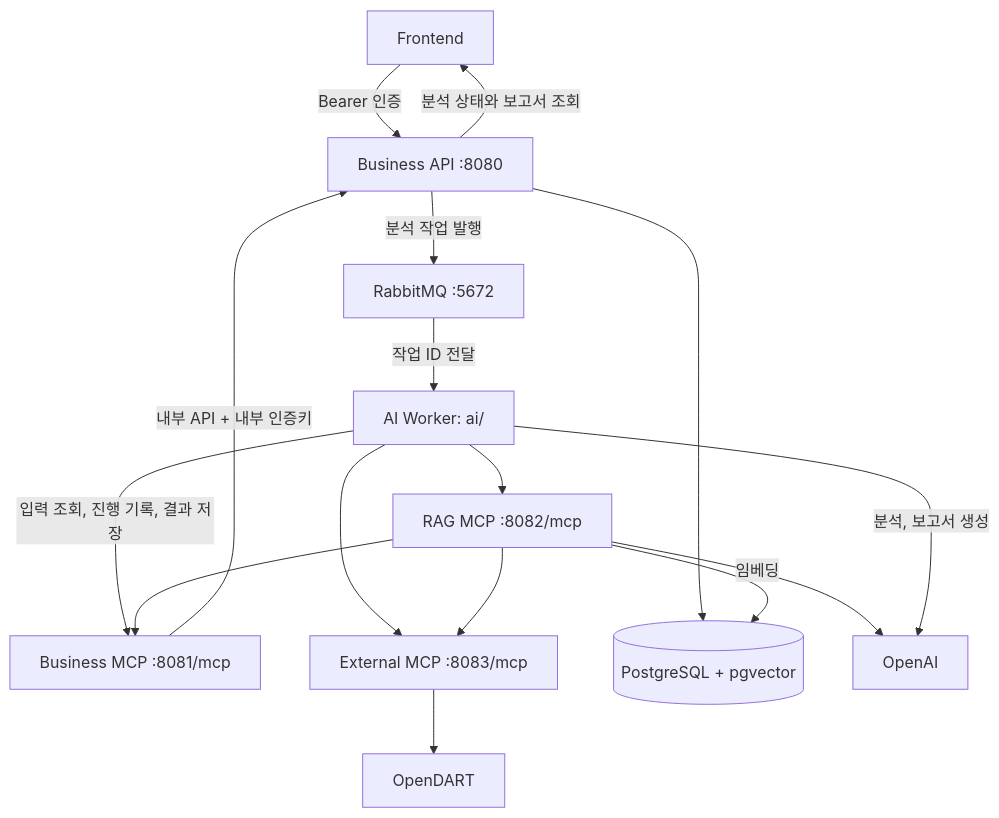
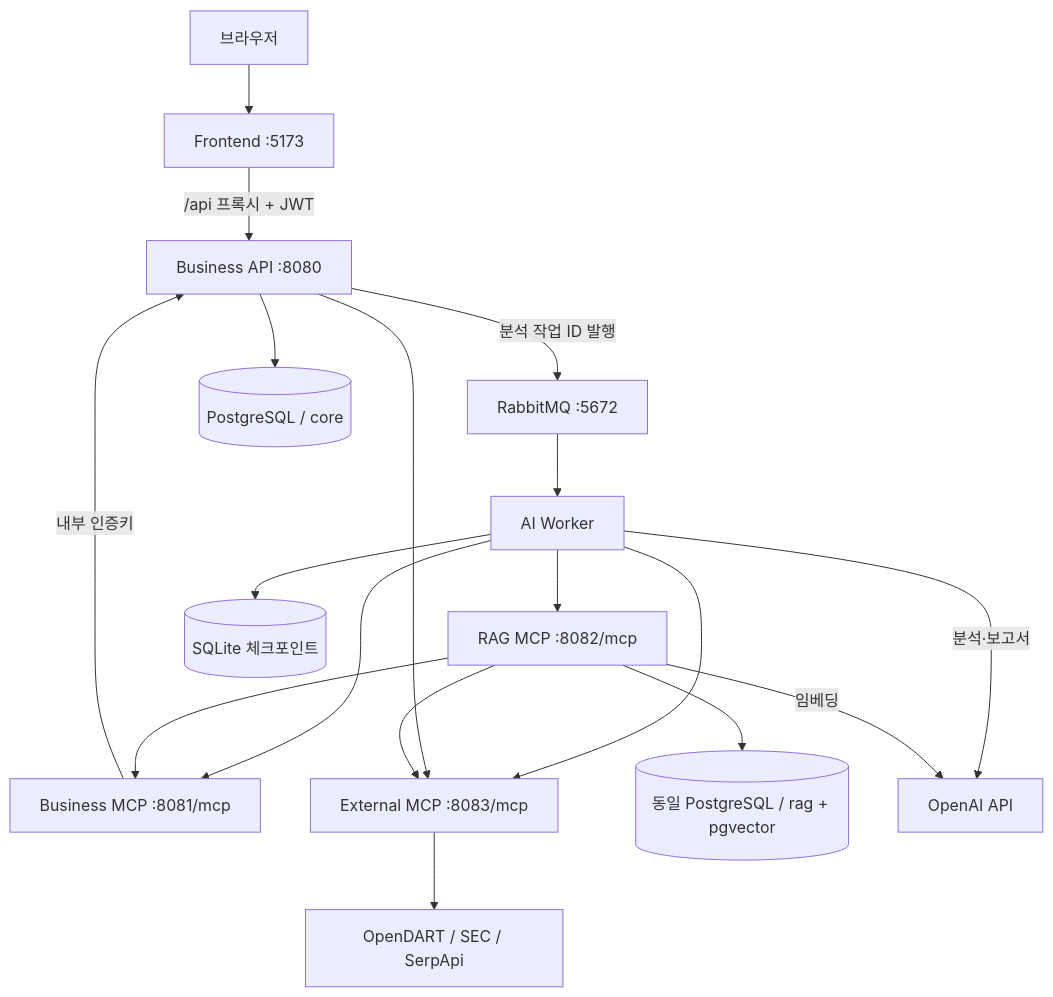
Before and after one commit to bashdas/SKALA_Disclosure_Revision_Analysis: the diagram in README.md, drawn with Mermaid. The commit also changed other lines of this file, not shown here.

````diff
--- a/README.md
+++ b/README.md
@@ -68,28 +74,20 @@
 ```mermaid
 flowchart TD
-    UI[Frontend]
-    API[Business API :8080]
-    Q[RabbitMQ :5672]
-    AI[AI Worker: ai/]
-    B[Business MCP :8081/mcp]
-    E[External MCP :8083/mcp]
-    R[RAG MCP :8082/mcp]
-    DB[(PostgreSQL + pgvector)]
-    D[OpenDART]
-    O[OpenAI]
-    UI -->|Bearer 인증| API
-    API -->|분석 작업 발행| Q
-    Q -->|작업 ID 전달| AI
-    AI -->|입력 조회, 진행 기록, 결과 저장| B
-    B -->|내부 API + 내부 인증키| API
-    API --> DB
-    AI --> E
-    E --> D
-    AI --> R
-    R --> B
-    R --> E
-    R --> DB
-    R -->|임베딩| O
-    AI -->|분석, 보고서 생성| O
-    API -->|분석 상태와 보고서 조회| UI
+    Browser[브라우저] --> Frontend[Frontend :5173]
+    Frontend -->|/api 프록시 + JWT| API[Business API :8080]
+    API -->|분석 작업 ID 발행| Queue[RabbitMQ :5672]
+    Queue --> Worker[AI Worker]
+    Worker --> Business[Business MCP :8081/mcp]
+    Business -->|내부 인증키| API
+    Worker --> External[External MCP :8083/mcp]
+    Worker --> RAG[RAG MCP :8082/mcp]
+    API --> External
+    RAG --> Business
+    RAG --> External
+    API --> DB[(PostgreSQL / core)]
+    RAG --> Vector[(동일 PostgreSQL / rag + pgvector)]
+    Worker --> State[(SQLite 체크포인트)]
+    Worker -->|분석·보고서| OpenAI[OpenAI API]
+    RAG -->|임베딩| OpenAI
+    External --> Data[OpenDART / SEC / SerpApi]
 ```
````
